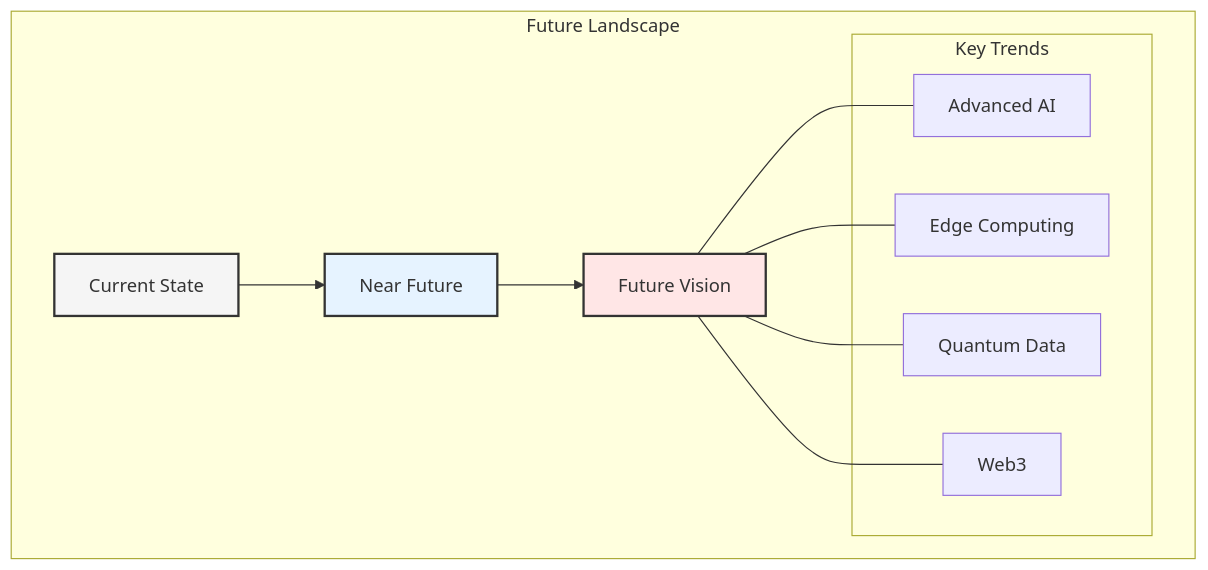
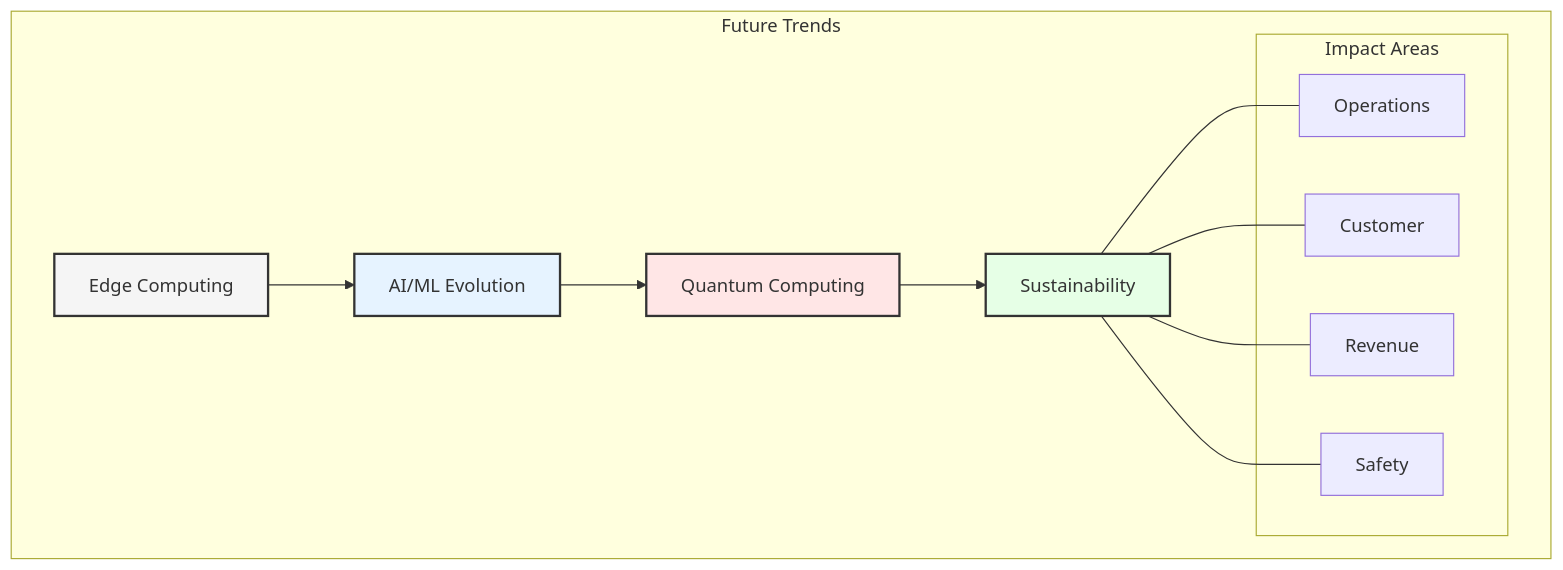
Before and after one commit to data-octo/agentic_ai_research: the first of 9 diagrams in enterprise_data_architecture/chapters/10_future_trends.md, drawn with Mermaid. The commit also changed other lines of this file and 11 other files, not shown here.

````diff
--- a/enterprise_data_architecture/chapters/10_future_trends.md
+++ b/enterprise_data_architecture/chapters/10_future_trends.md
@@ -7,23 +7,25 @@
 ```mermaid
 graph TB
-    subgraph "Future Landscape"
-        A[Current State] --> B[Near Future]
-        B --> C[Future Vision]
+    subgraph "Future Trends"
+        A[Edge Computing] --> B[AI/ML Evolution]
+        B --> C[Quantum Computing]
+        C --> D[Sustainability]
         
-        subgraph "Key Trends"
-            D[Advanced AI]
-            E[Edge Computing]
-            F[Quantum Data]
-            G[Web3]
+        subgraph "Impact Areas"
+            E[Operations]
+            F[Customer]
+            G[Revenue]
+            H[Safety]
         end
         
-        C --- D
-        C --- E
-        C --- F
-        C --- G
+        D --- E
+        D --- F
+        D --- G
+        D --- H
     end
     
     style A fill:#f5f5f5,stroke:#333,stroke-width:2px
     style B fill:#e6f3ff,stroke:#333,stroke-width:2px
     style C fill:#ffe6e6,stroke:#333,stroke-width:2px
+    style D fill:#e6ffe6,stroke:#333,stroke-width:2px
 ```
````
